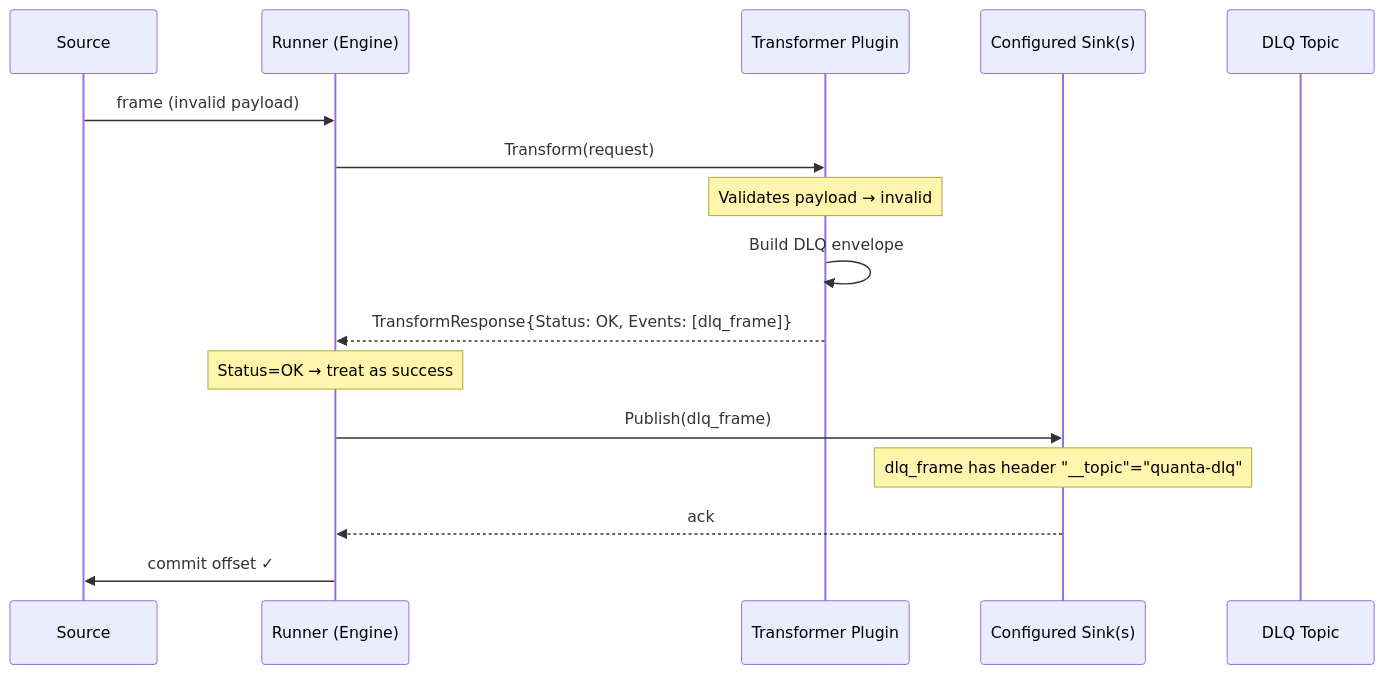
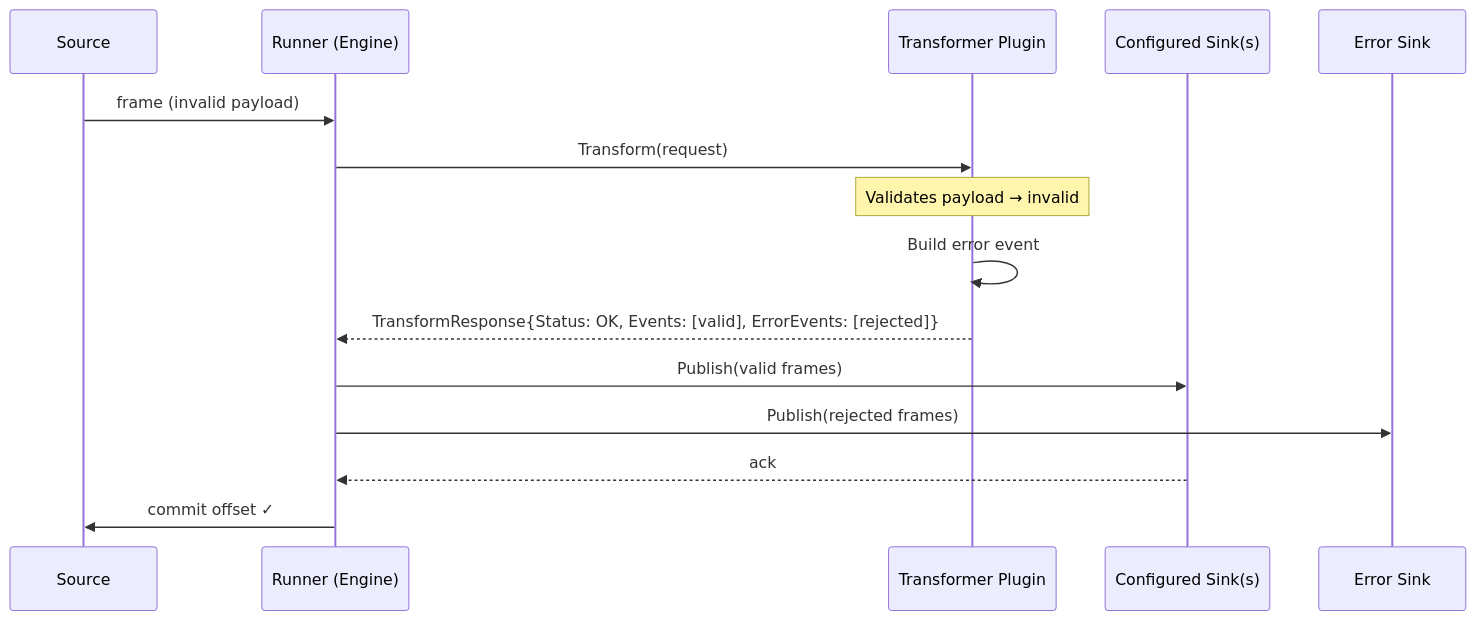
The first of 5 diagrams in docs/specs/error-handling.md (mohsanabbas/quanta), drawn with Mermaid before and after one commit. The commit also changed other lines of this file and 8 other files, not shown here.

First line of the commit message:
feat: S3 NackAware + error_sink config tests + stale docs update

````diff
--- a/docs/specs/error-handling.md
+++ b/docs/specs/error-handling.md
@@ -33,19 +46,18 @@
 ```mermaid
 sequenceDiagram
   participant Source
   participant Engine as Runner (Engine)
   participant Plugin as Transformer Plugin
   participant Sink as Configured Sink(s)
-  participant DLQ as DLQ Topic
+  participant ESink as Error Sink
 
   Source->>Engine: frame (invalid payload)
   Engine->>Plugin: Transform(request)
   Note over Plugin: Validates payload → invalid
-  Plugin->>Plugin: Build DLQ envelope
-  Plugin-->>Engine: TransformResponse{Status: OK, Events: [dlq_frame]}
-  Note over Engine: Status=OK → treat as success
-  Engine->>Sink: Publish(dlq_frame)
-  Note over Sink: dlq_frame has header "__topic"="quanta-dlq"
+  Plugin->>Plugin: Build error event
+  Plugin-->>Engine: TransformResponse{Status: OK, Events: [valid], ErrorEvents: [rejected]}
+  Engine->>Sink: Publish(valid frames)
+  Engine->>ESink: Publish(rejected frames)
   Sink-->>Engine: ack
   Engine->>Source: commit offset ✓
 ```
````
